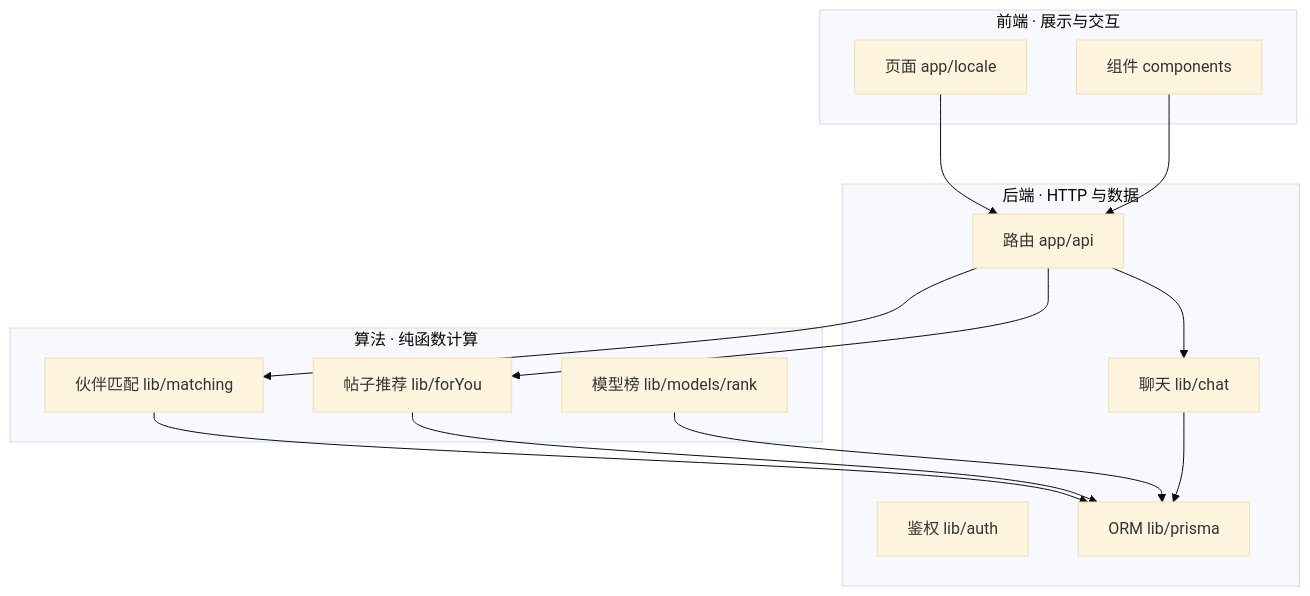
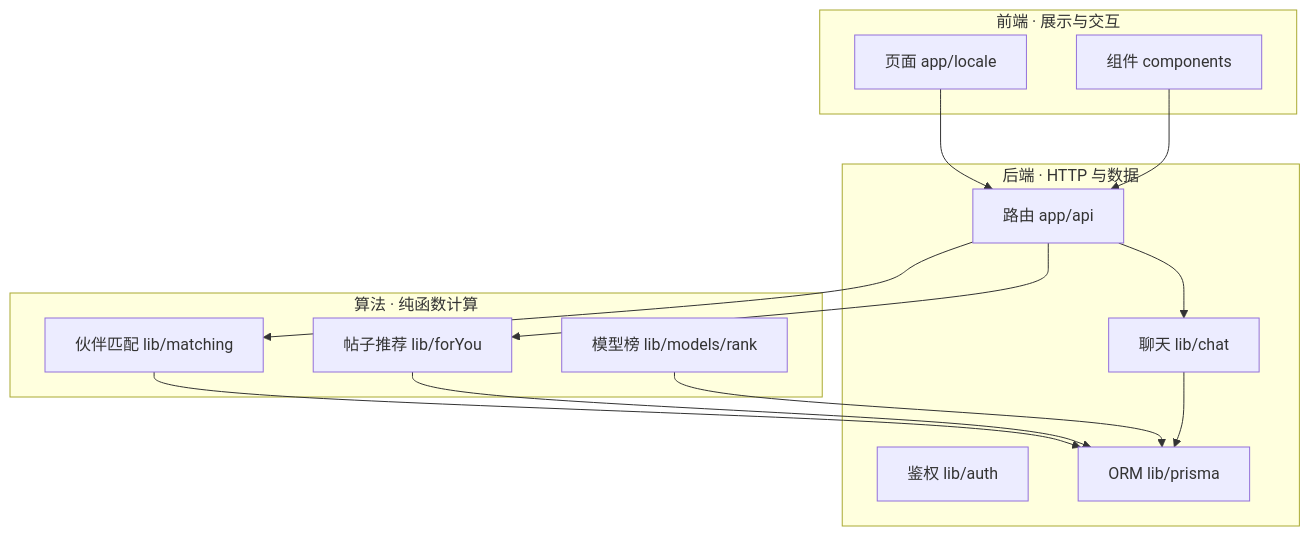
One commit to FrankDengAI/founder-bridge-AI changed the sixth of 13 diagrams in README.md. Above: the diagram before and after it, drawn with Mermaid. The commit also changed other lines of this file and 75 other files, not shown here.

````diff
--- a/README.md
+++ b/README.md
@@ -779,31 +1062,30 @@
 ```mermaid
-%%{init: {'theme': 'base', 'themeVariables': {'fontSize': '16px'}, 'flowchart': {'nodeSpacing': 50, 'rankSpacing': 60}}}%%
 flowchart TB
   subgraph Frontend ["前端 · 展示与交互"]
     F1["页面 app/locale"]
     F2["组件 components"]
   end
 
   subgraph Backend ["后端 · HTTP 与数据"]
     B1["路由 app/api"]
     B2["鉴权 lib/auth"]
     B3["聊天 lib/chat"]
     B4["ORM lib/prisma"]
   end
 
   subgraph Algorithm ["算法 · 纯函数计算"]
     A1["伙伴匹配 lib/matching"]
     A2["帖子推荐 lib/forYou"]
     A3["模型榜 lib/models/rank"]
   end
 
   F1 --> B1
   F2 --> B1
   B1 --> A1
   B1 --> A2
   B1 --> B3
   A1 --> B4
   A2 --> B4
   B3 --> B4
   A3 --> B4
 ```
````
